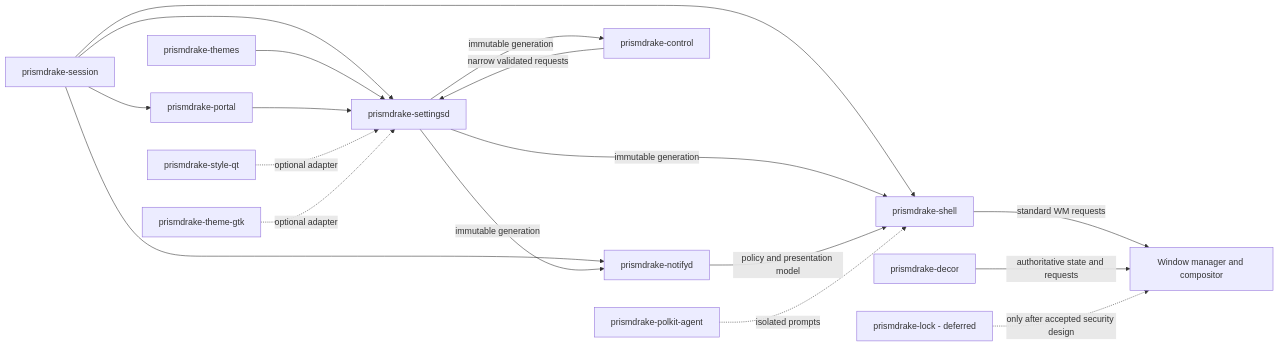
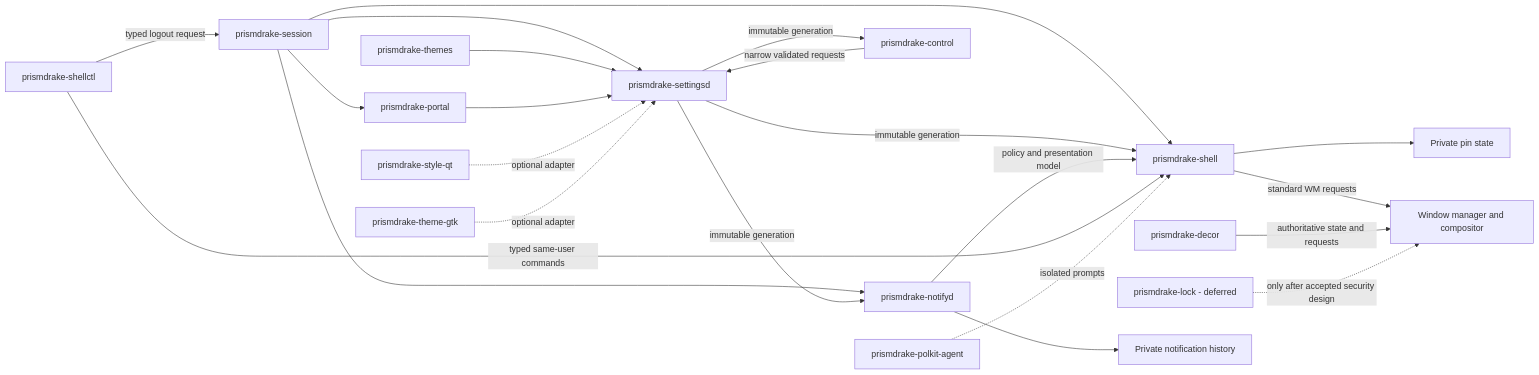
One commit to JTM-rootstorm/prismdrake-de changed the second of 2 diagrams in docs/architecture/overview.md. Above: the diagram before and after it, drawn with Mermaid. The commit also changed other lines of this file and 12 other files, not shown here.

````diff
--- a/docs/architecture/overview.md
+++ b/docs/architecture/overview.md
@@ -26,34 +26,41 @@
 ```mermaid
 flowchart LR
     Session[prismdrake-session]
     Settings[prismdrake-settingsd]
     Notify[prismdrake-notifyd]
     Shell[prismdrake-shell]
+    Shellctl[prismdrake-shellctl]
     Decor[prismdrake-decor]
     Control[prismdrake-control]
     Portal[prismdrake-portal]
     Polkit[prismdrake-polkit-agent]
     Lock[prismdrake-lock - deferred]
     Themes[prismdrake-themes]
     Qt[prismdrake-style-qt]
     Gtk[prismdrake-theme-gtk]
+    Pins[Private pin state]
+    History[Private notification history]
     WM[Window manager and compositor]
 
     Session --> Settings
     Session --> Notify
     Session --> Shell
     Session --> Portal
     Settings -- immutable generation --> Shell
     Settings -- immutable generation --> Notify
     Settings -- immutable generation --> Control
     Themes --> Settings
     Notify -- policy and presentation model --> Shell
+    Shellctl -- typed same-user commands --> Shell
+    Shellctl -- typed logout request --> Session
+    Shell --> Pins
+    Notify --> History
     Control -- narrow validated requests --> Settings
     Shell -- standard WM requests --> WM
     Decor -- authoritative state and requests --> WM
     Portal --> Settings
     Polkit -. isolated prompts .-> Shell
     Lock -. only after accepted security design .-> WM
     Qt -. optional adapter .-> Settings
     Gtk -. optional adapter .-> Settings
 ```
````
